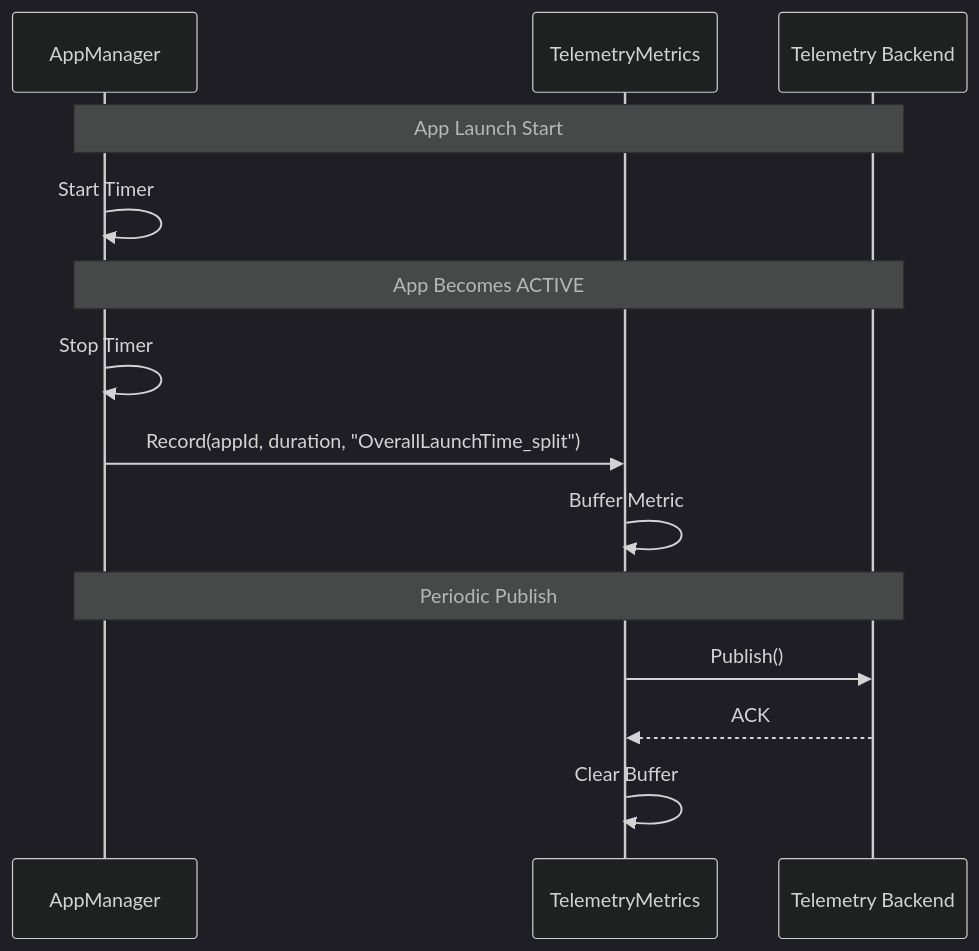
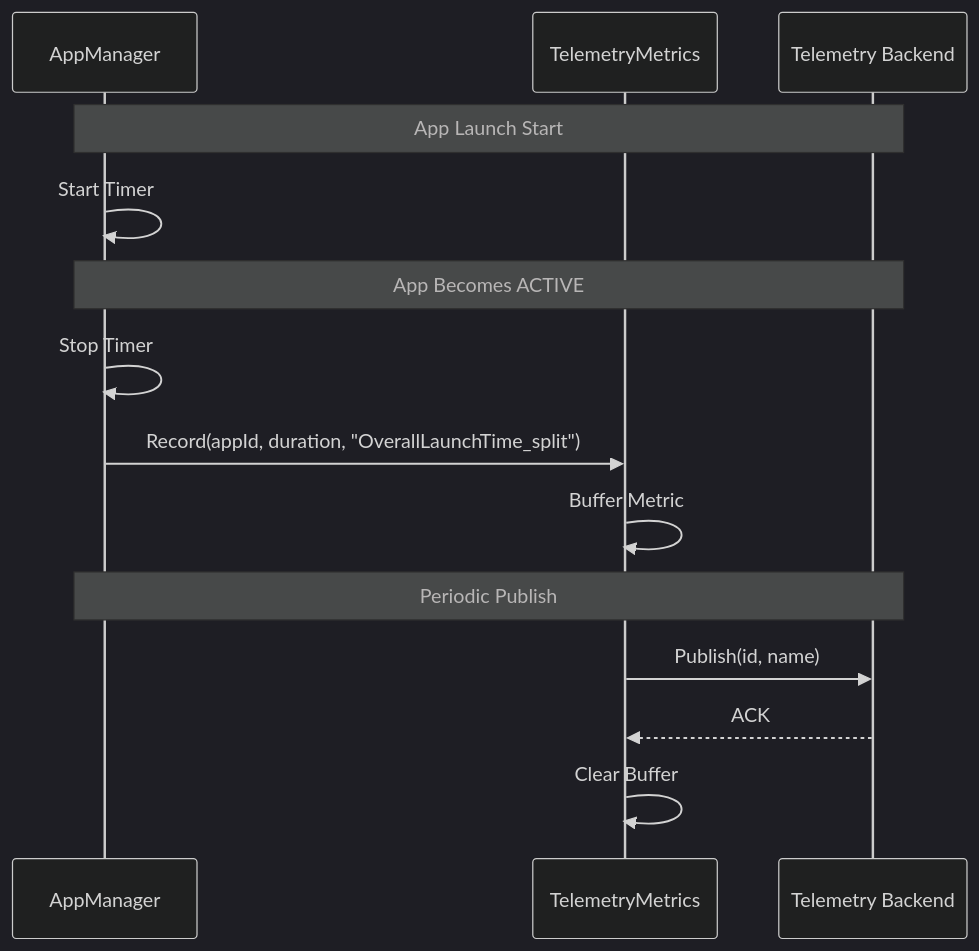
The third of 4 diagrams in TelemetryMetrics/TelemetryMetrics.md (rdkcentral/entservices-appmanagers), drawn with Mermaid (dark theme) before and after one commit. The commit also changed other lines of this file and 4 other files, not shown here.

````diff
--- a/TelemetryMetrics/TelemetryMetrics.md
+++ b/TelemetryMetrics/TelemetryMetrics.md
@@ -144,19 +144,19 @@
 ```mermaid
 sequenceDiagram
     participant App as AppManager
     participant TM as TelemetryMetrics
     participant Backend as Telemetry Backend
 
     Note over App,Backend: App Launch Start
     App->>App: Start Timer
 
     Note over App,Backend: App Becomes ACTIVE
     App->>App: Stop Timer
     App->>TM: Record(appId, duration, "OverallLaunchTime_split")
     TM->>TM: Buffer Metric
 
     Note over App,Backend: Periodic Publish
-    TM->>Backend: Publish()
+    TM->>Backend: Publish(id, name)
     Backend-->>TM: ACK
     TM->>TM: Clear Buffer
 ```
````
